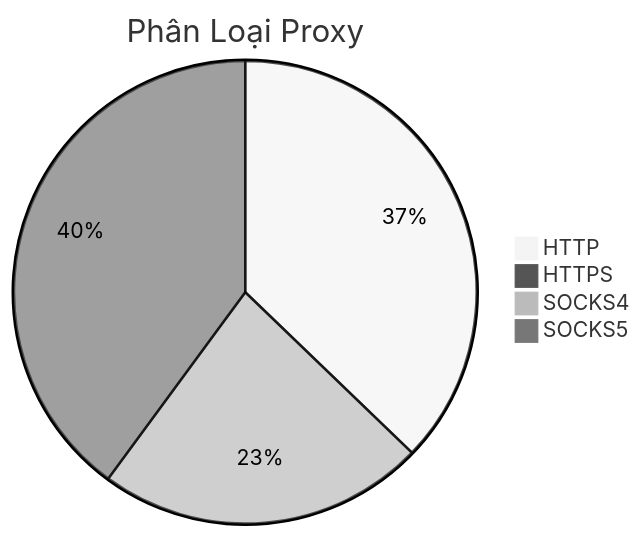
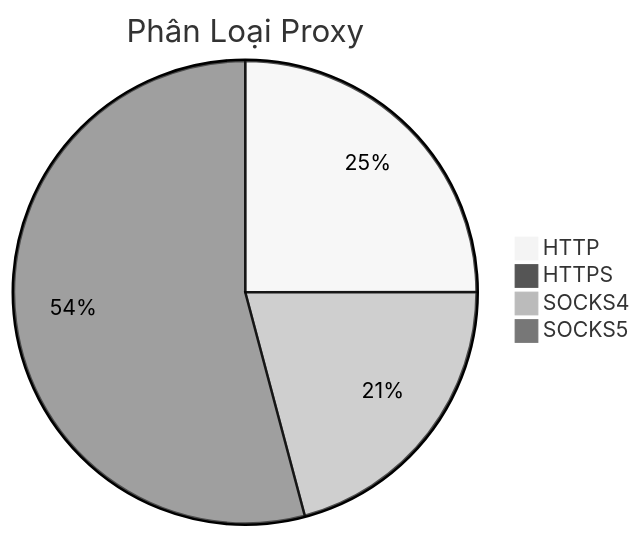
The diagram in README.md (Ciara-12/PROXY-free), drawn with Mermaid (neutral theme) before and after one commit. The commit also changed other lines of this file and 4 other files, not shown here.

````diff
--- a/README.md
+++ b/README.md
@@ -26,7 +26,7 @@
 ```mermaid
 pie title Phân Loại Proxy
-    "HTTP" : 520
+    "HTTP" : 395
     "HTTPS" : 1
-    "SOCKS4" : 320
-    "SOCKS5" : 558
+    "SOCKS4" : 330
+    "SOCKS5" : 856
 ```
````
